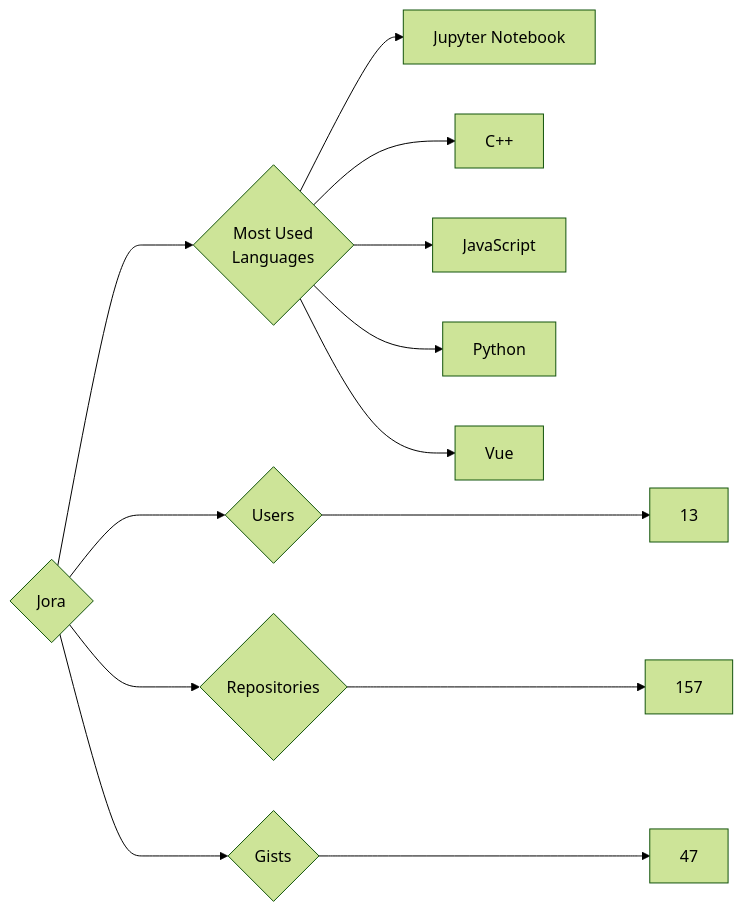
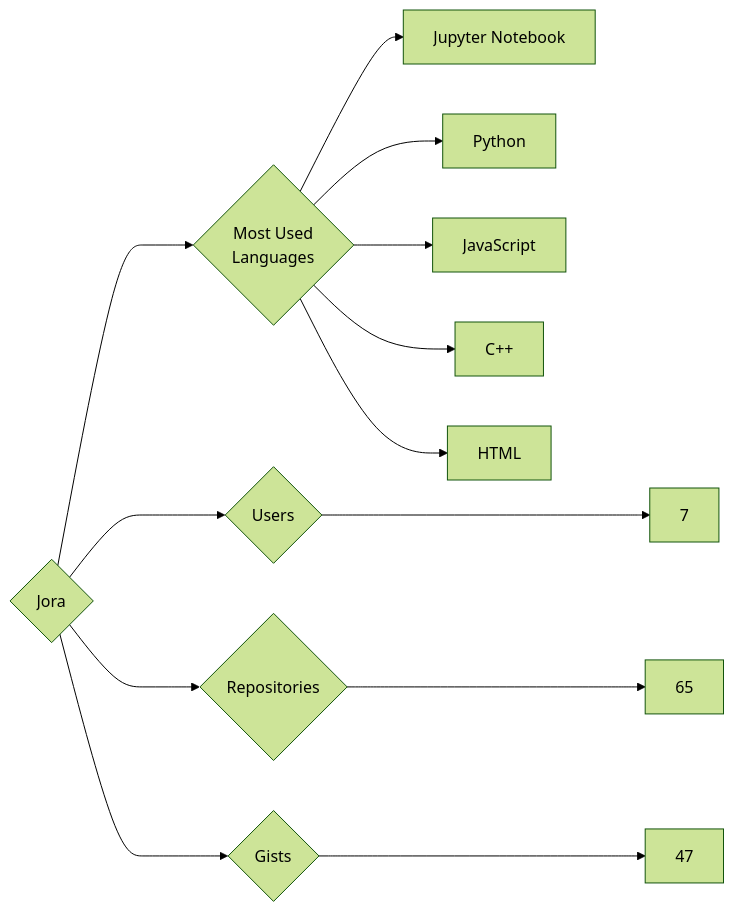
One commit to trickest/insiders changed the diagram in targets/Jora/README.md. Above: the diagram before and after it, drawn with Mermaid (forest theme). The commit also changed 965 other files, not shown here.

````diff
--- a/targets/Jora/README.md
+++ b/targets/Jora/README.md
@@ -3,13 +3,13 @@
 ```mermaid
 graph LR
 COMPANY_NAME{Jora}
-COMPANY_NAME ---> U{Users} ---> UN[13]
-COMPANY_NAME ---> R{Repositories} ---> RN[157]
+COMPANY_NAME ---> U{Users} ---> UN[7]
+COMPANY_NAME ---> R{Repositories} ---> RN[65]
 COMPANY_NAME ---> G{Gists} ---> GN[47]
 COMPANY_NAME ---> ML{Most Used<br>Languages}
 ML --> Jupyter_Notebook[Jupyter Notebook]
+ML --> Python[Python]
+ML --> JavaScript[JavaScript]
 ML --> C++[C++]
-ML --> JavaScript[JavaScript]
-ML --> Python[Python]
-ML --> Vue[Vue]
+ML --> HTML[HTML]
 ```
````
